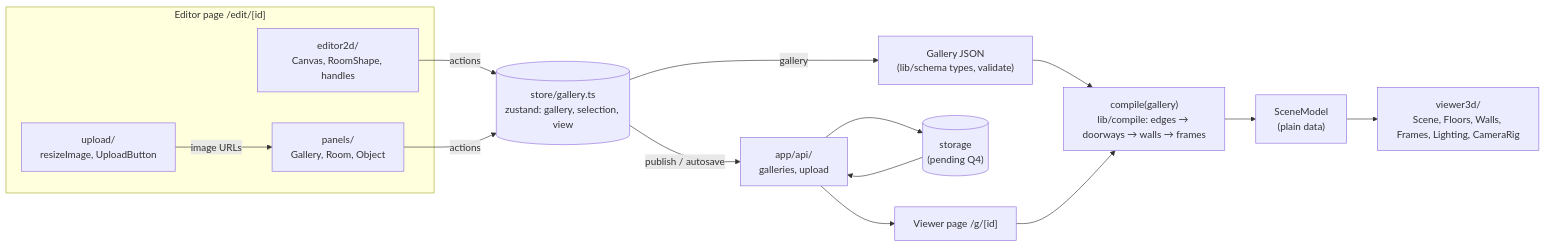
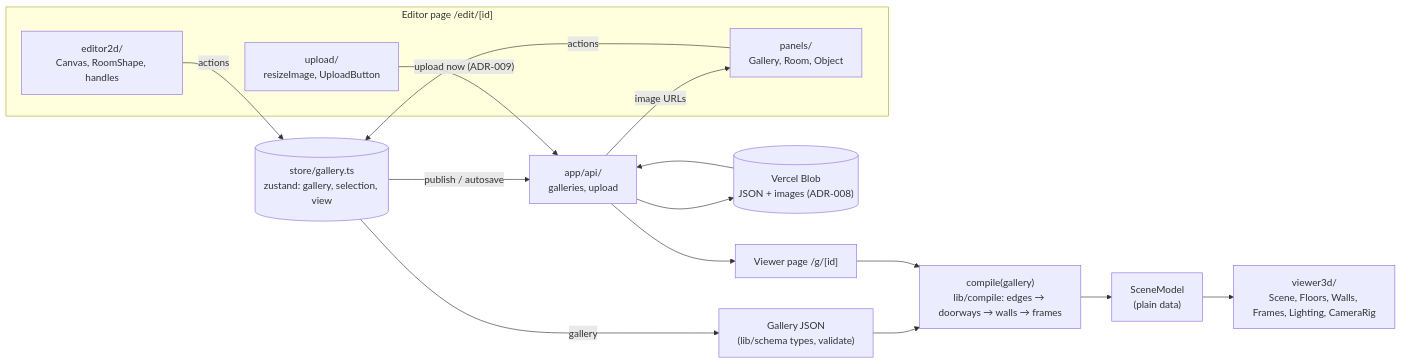
The diagram in plan/architecture.md (PegasusXLab/main), drawn with Mermaid before and after one commit. The commit also changed other lines of this file and 30 other files, not shown here.

````diff
--- a/plan/architecture.md
+++ b/plan/architecture.md
@@ -9,24 +9,25 @@
 ```mermaid
 flowchart LR
   subgraph Editor["Editor page /edit/[id]"]
     E2D["editor2d/<br/>Canvas, RoomShape, handles"]
     P["panels/<br/>Gallery, Room, Object"]
     U["upload/<br/>resizeImage, UploadButton"]
   end
   S[("store/gallery.ts<br/>zustand: gallery, selection, view")]
   G["Gallery JSON<br/>(lib/schema types, validate)"]
   C["compile(gallery)<br/>lib/compile: edges → doorways → walls → frames"]
   SM["SceneModel<br/>(plain data)"]
   R["viewer3d/<br/>Scene, Floors, Walls, Frames, Lighting, CameraRig"]
   API["app/api/<br/>galleries, upload"]
-  ST[("storage<br/>(pending Q4)")]
+  ST[("Vercel Blob<br/>JSON + images (ADR-008)")]
   V["Viewer page /g/[id]"]
 
   E2D -- actions --> S
   P -- actions --> S
-  U -- image URLs --> P
+  U -- upload now (ADR-009) --> API
+  API -- image URLs --> P
   S -- gallery --> G
   G --> C --> SM --> R
   S -- publish / autosave --> API --> ST
   ST --> API --> V --> C
 ```
````
